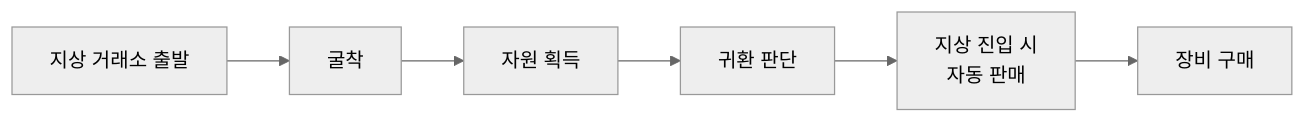
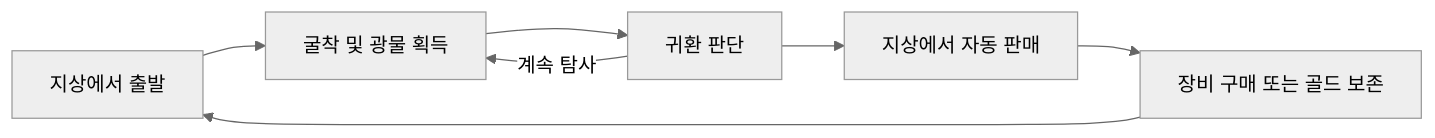
The first of 3 diagrams in src/1-folk-sack/기술문서.md (ashadeveloperr/ashadeveloperr.github.io), drawn with Mermaid (neutral theme) before and after one commit. The commit also changed other lines of this file, not shown here.

````diff
--- a/src/1-folk-sack/기술문서.md
+++ b/src/1-folk-sack/기술문서.md
@@ -24,5 +27,5 @@
 ```mermaid
 flowchart LR
-  %% simple — 작은 설명 도표: 상세 문서에서 원문·크게 보기 줄을 숨김
-  A["지상 거래소 출발"] --> B["굴착"] --> C["자원 획득"] --> D["귀환 판단"] --> E["지상 진입 시<br/>자동 판매"] --> F["장비 구매"]
+  A[지상에서 출발] --> B[굴착 및 광물 획득] --> C[귀환 판단] --> D[지상에서 자동 판매] --> E[장비 구매 또는 골드 보존] --> A
+  C -->|계속 탐사| B
 ```
````
